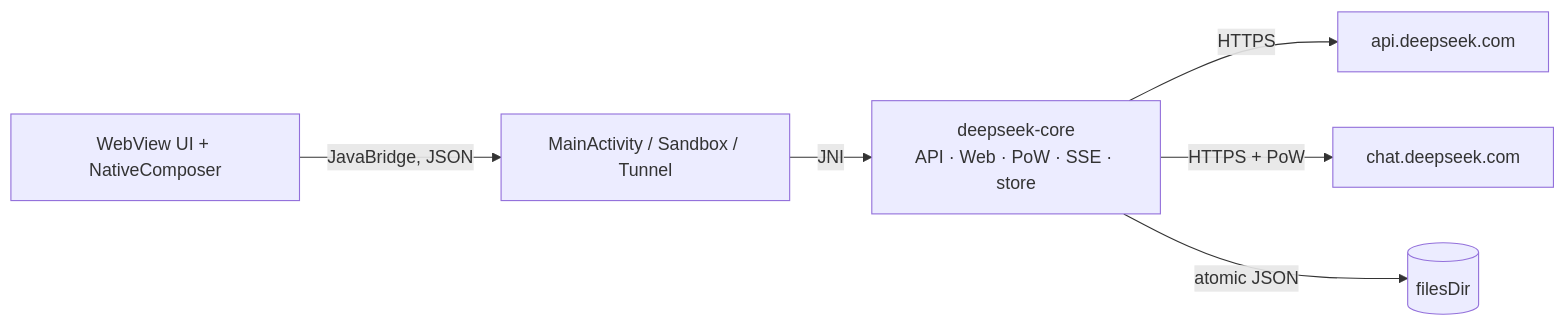
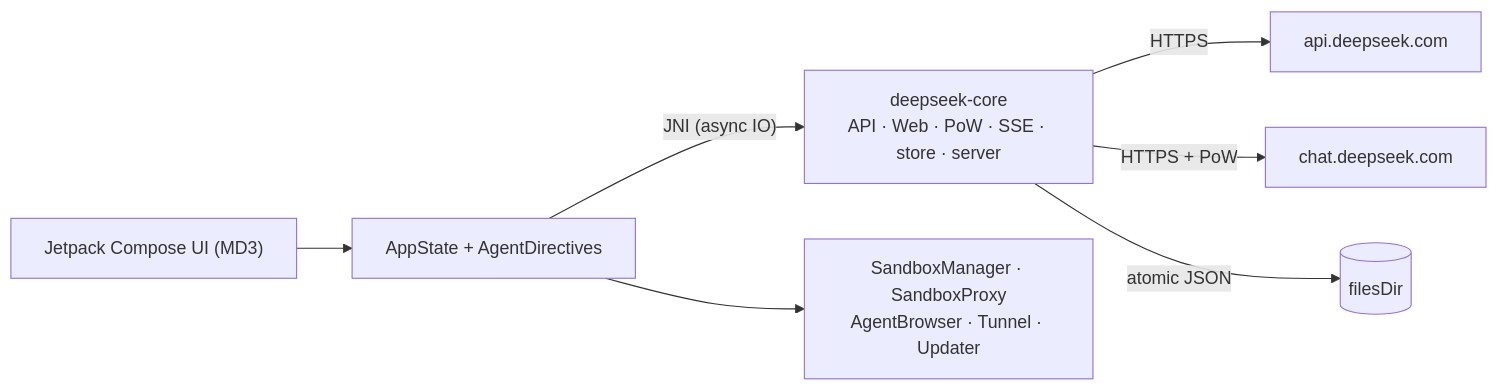
Before and after one commit to Rewixx-png/localapi-deepseek: the diagram in README.md, drawn with Mermaid. The commit also changed other lines of this file and 85 other files, not shown here.

Commit message:
refactor(core,android,security): fix bugs, offload main-thread IO, harden proxy/updater, enable R8, add tests (v1.11.19)

````diff
--- a/README.md
+++ b/README.md
@@ -78,8 +78,9 @@
 ```mermaid
 flowchart LR
-  UI["WebView UI + NativeComposer"] -->|"JavaBridge, JSON"| Shell["MainActivity / Sandbox / Tunnel"]
-  Shell -->|JNI| Core["deepseek-core<br/>API · Web · PoW · SSE · store"]
+  UI["Jetpack Compose UI (MD3)"] --> State["AppState + AgentDirectives"]
+  State -->|"JNI (async IO)"| Core["deepseek-core<br/>API · Web · PoW · SSE · store · server"]
+  State --> Platform["SandboxManager · SandboxProxy<br/>AgentBrowser · Tunnel · Updater"]
   Core -->|"HTTPS"| API["api.deepseek.com"]
   Core -->|"HTTPS + PoW"| Web["chat.deepseek.com"]
   Core -->|"atomic JSON"| Disk[("filesDir")]
 ```
````
